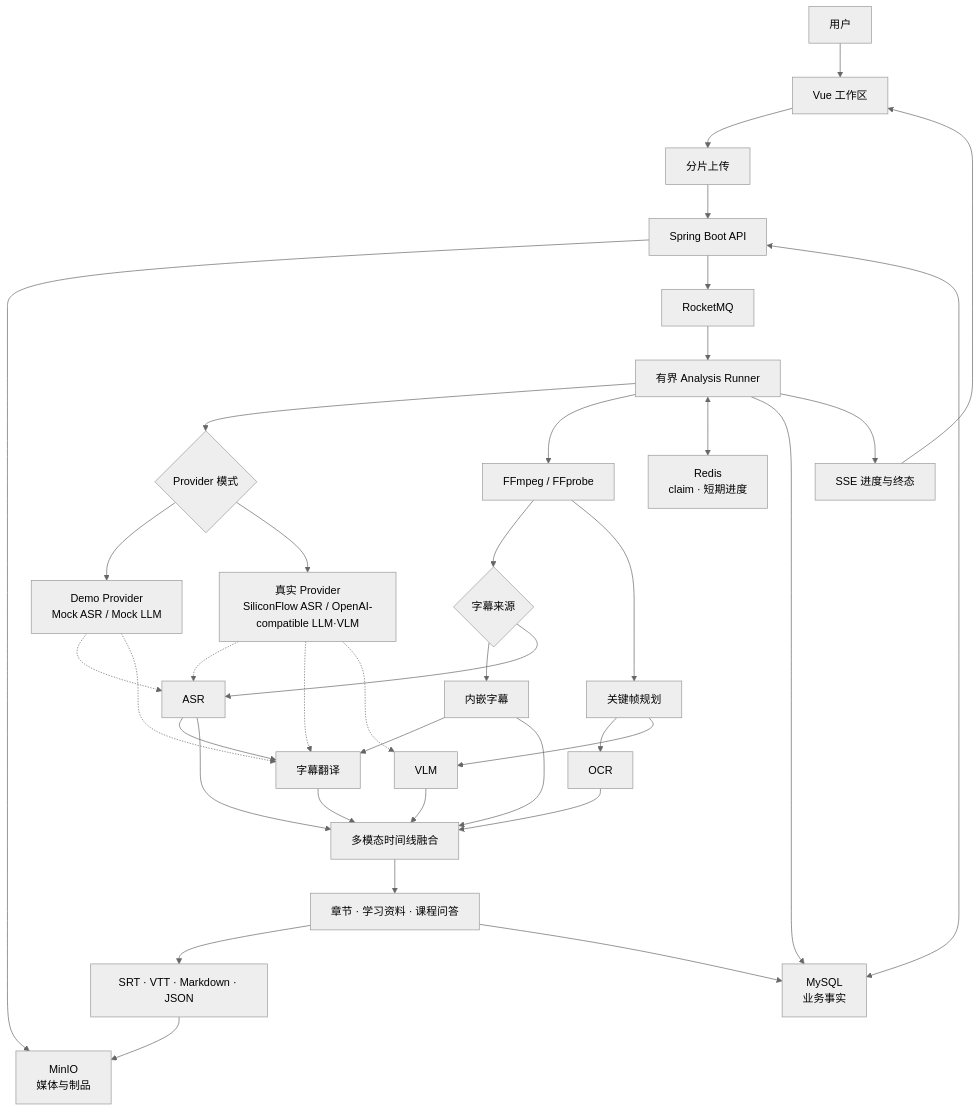
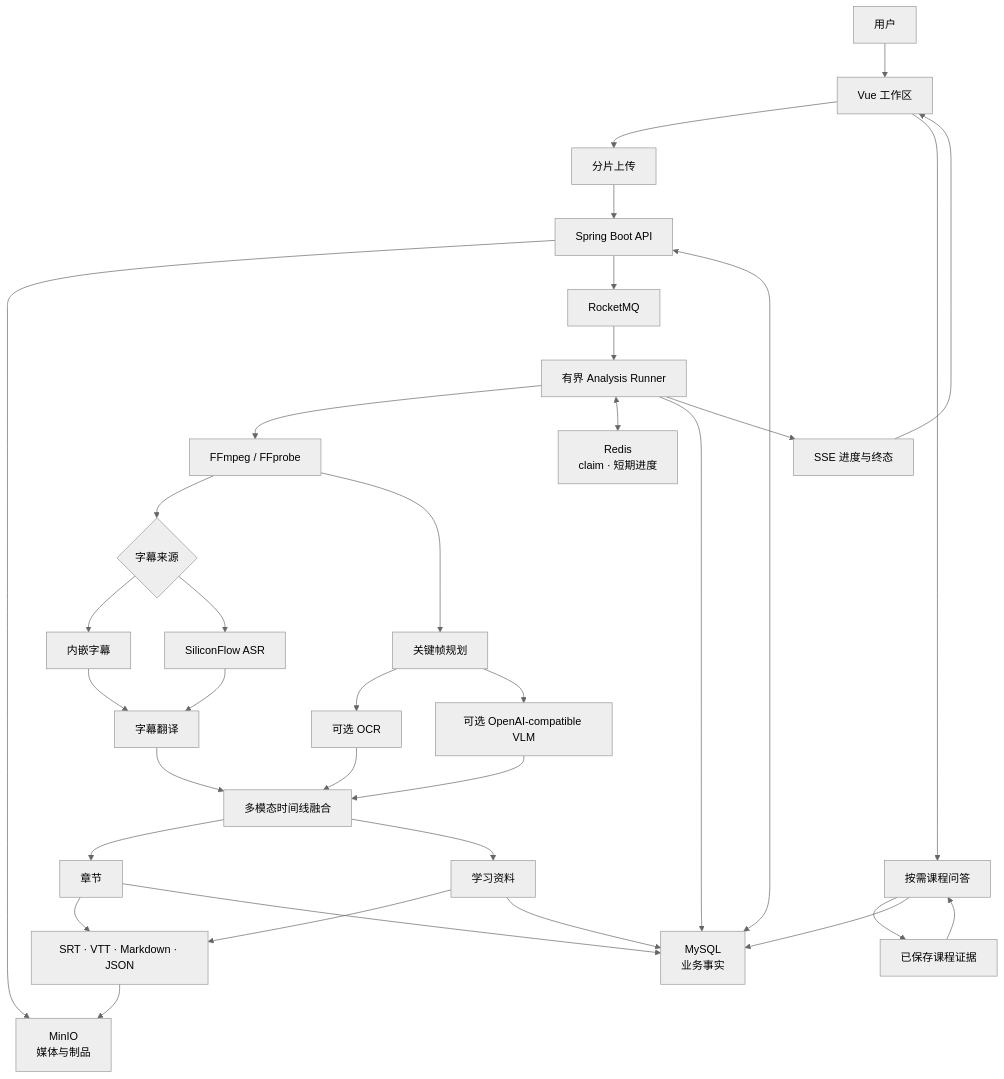
The diagram in README.md (a27497/lecturelens), drawn with Mermaid (neutral theme) before and after one commit. The commit also changed other lines of this file and 1 other file, not shown here.

Commit message:
docs: add real deployment setup guide (#16)

````diff
--- a/README.md
+++ b/README.md
@@ -112,40 +112,37 @@
 ```mermaid
 flowchart TB
     User["用户"] --> Web["Vue 工作区"]
     Web --> Upload["分片上传"]
     Upload --> API["Spring Boot API"]
     API --> MinIO["MinIO<br/>媒体与制品"]
     API --> MQ["RocketMQ"]
     API <--> MySQL["MySQL<br/>业务事实"]
     MQ --> Runner["有界 Analysis Runner"]
-    Runner --> Mode{"Provider 模式"}
-    Mode --> Demo["Demo Provider<br/>Mock ASR / Mock LLM"]
-    Mode --> Real["真实 Provider<br/>SiliconFlow ASR / OpenAI-compatible LLM·VLM"]
     Runner --> FFmpeg["FFmpeg / FFprobe"]
     FFmpeg --> Subtitle{"字幕来源"}
     Subtitle --> Embedded["内嵌字幕"]
-    Subtitle --> ASR["ASR"]
+    Subtitle --> ASR["SiliconFlow ASR"]
     FFmpeg --> Frames["关键帧规划"]
-    Frames --> OCR["OCR"]
-    Frames --> VLM["VLM"]
-    Demo -.-> ASR
-    Demo -.-> Translate["字幕翻译"]
-    Real -.-> ASR
-    Real -.-> Translate
-    Real -.-> VLM
-    Embedded --> Translate
+    Frames --> OCR["可选 OCR"]
+    Frames --> VLM["可选 OpenAI-compatible VLM"]
+    Embedded --> Translate["字幕翻译"]
     ASR --> Translate
-    Embedded --> Fusion["多模态时间线融合"]
-    ASR --> Fusion
-    Translate --> Fusion
+    Translate --> Fusion["多模态时间线融合"]
     OCR --> Fusion
     VLM --> Fusion
-    Fusion --> Learning["章节 · 学习资料 · 课程问答"]
-    Learning --> Export["SRT · VTT · Markdown · JSON"]
+    Fusion --> Chapter["章节"]
+    Fusion --> Learning["学习资料"]
+    Chapter --> Export["SRT · VTT · Markdown · JSON"]
+    Learning --> Export
+    Chapter --> MySQL
     Learning --> MySQL
+    Web --> QA["按需课程问答"]
+    QA --> Evidence["已保存课程证据"]
+    Evidence --> QA
+    QA --> MySQL
     Export --> MinIO
     Runner <--> Redis["Redis<br/>claim · 短期进度"]
     Runner --> MySQL
     Runner --> SSE["SSE 进度与终态"]
     SSE --> Web
 ```
````
